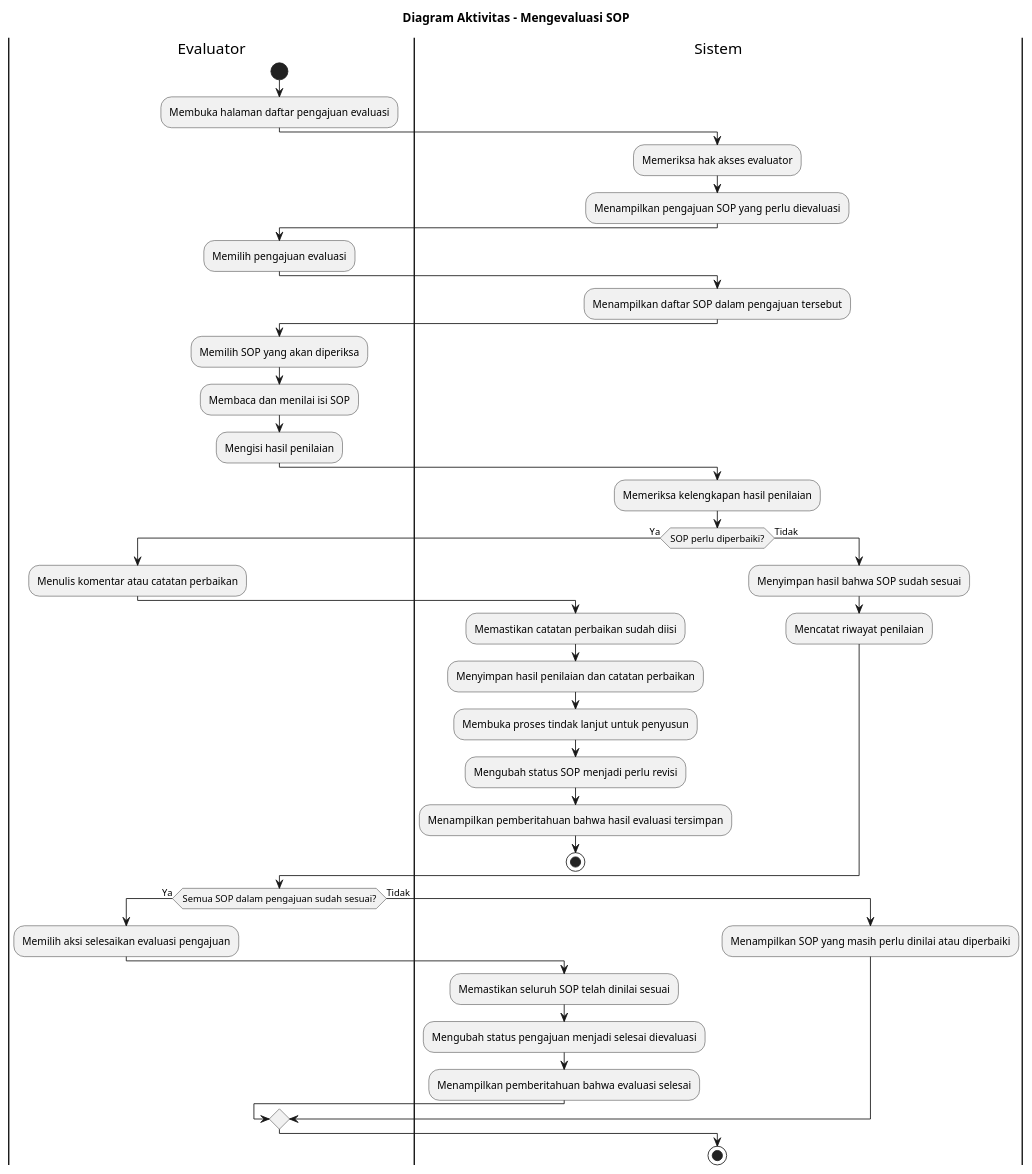
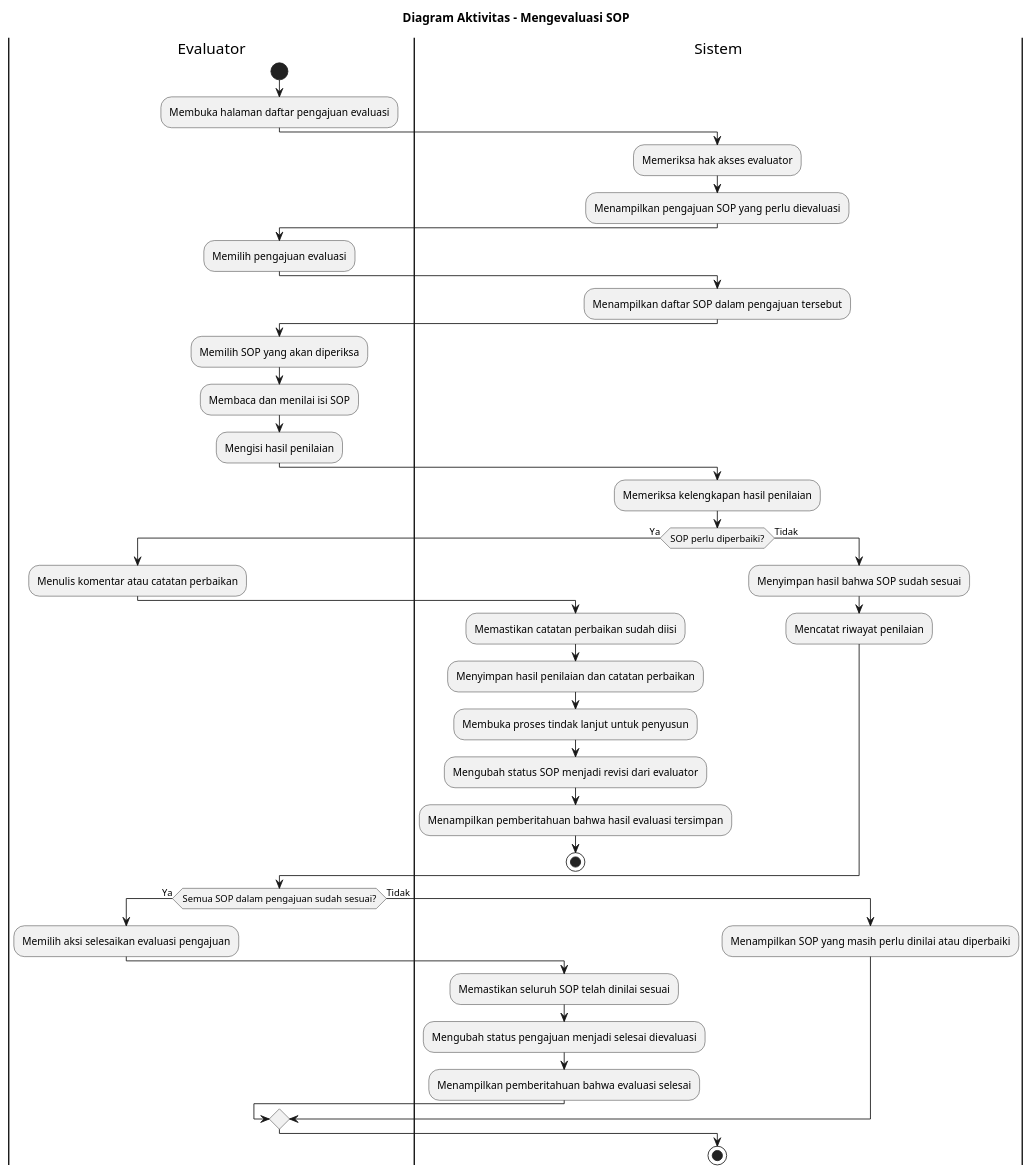
The diagram in docs/activity-diagram/evaluator-mengevaluasi-sop.md (howlil/sop-generate-app), drawn with PlantUML before and after one commit. The commit also changed 18 other files, not shown here.

````diff
--- a/docs/activity-diagram/evaluator-mengevaluasi-sop.md
+++ b/docs/activity-diagram/evaluator-mengevaluasi-sop.md
@@ -16,55 +16,55 @@
   ```plantuml
   @startuml
   title Diagram Aktivitas - Mengevaluasi SOP
 
   |Evaluator|
   start
   :Membuka halaman daftar pengajuan evaluasi;
 
   |Sistem|
   :Memeriksa hak akses evaluator;
   :Menampilkan pengajuan SOP yang perlu dievaluasi;
 
   |Evaluator|
   :Memilih pengajuan evaluasi;
 
   |Sistem|
   :Menampilkan daftar SOP dalam pengajuan tersebut;
 
   |Evaluator|
   :Memilih SOP yang akan diperiksa;
   :Membaca dan menilai isi SOP;
   :Mengisi hasil penilaian;
 
   |Sistem|
   :Memeriksa kelengkapan hasil penilaian;
   if (SOP perlu diperbaiki?) then (Ya)
     |Evaluator|
     :Menulis komentar atau catatan perbaikan;
     |Sistem|
     :Memastikan catatan perbaikan sudah diisi;
     :Menyimpan hasil penilaian dan catatan perbaikan;
     :Membuka proses tindak lanjut untuk penyusun;
-    :Mengubah status SOP menjadi perlu revisi;
+    :Mengubah status SOP menjadi revisi dari evaluator;
     :Menampilkan pemberitahuan bahwa hasil evaluasi tersimpan;
     stop
   else (Tidak)
     :Menyimpan hasil bahwa SOP sudah sesuai;
     :Mencatat riwayat penilaian;
   endif
 
   |Evaluator|
   if (Semua SOP dalam pengajuan sudah sesuai?) then (Ya)
     :Memilih aksi selesaikan evaluasi pengajuan;
     |Sistem|
     :Memastikan seluruh SOP telah dinilai sesuai;
     :Mengubah status pengajuan menjadi selesai dievaluasi;
     :Menampilkan pemberitahuan bahwa evaluasi selesai;
   else (Tidak)
     |Sistem|
     :Menampilkan SOP yang masih perlu dinilai atau diperbaiki;
   endif
 
   stop
   @enduml
   ```
````
